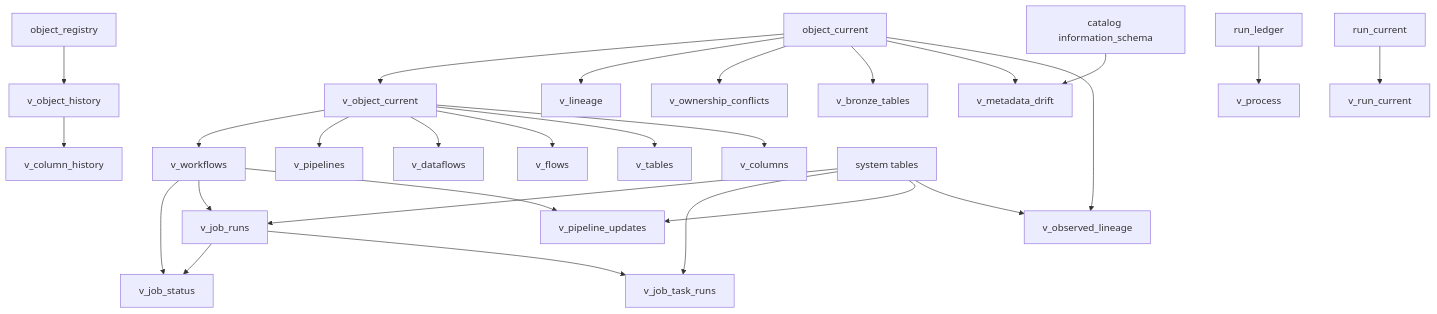
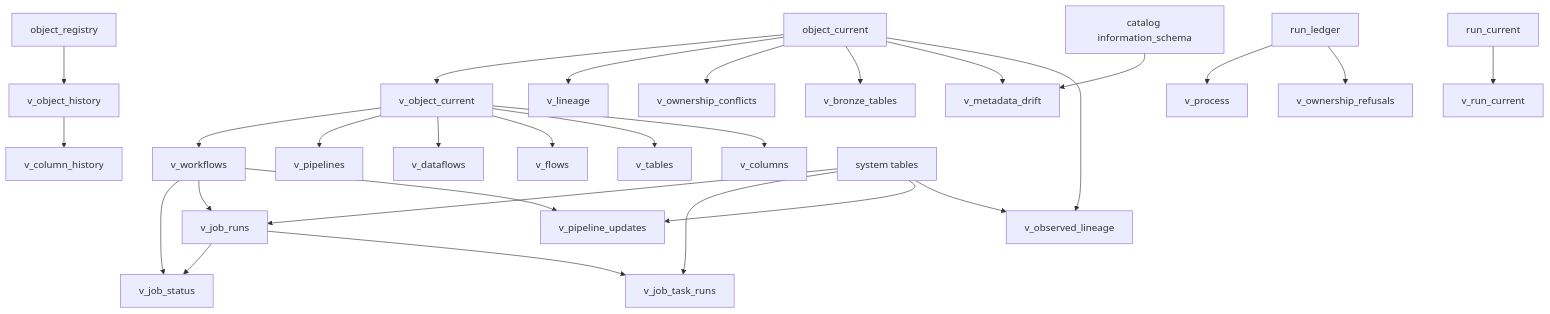
One commit to NitinKeshavB/framework changed the ninth of 9 diagrams in framework_docs/ARCHITECTURE.md. Above: the diagram before and after it, drawn with Mermaid. The commit also changed other lines of this file and 5 other files, not shown here.

````diff
--- a/framework_docs/ARCHITECTURE.md
+++ b/framework_docs/ARCHITECTURE.md
@@ -300,29 +350,30 @@
 ```mermaid
 flowchart TD
   object_registry --> v_object_history
   object_current --> v_object_current
   object_current --> v_lineage
   object_current --> v_ownership_conflicts
   object_current --> v_bronze_tables
   object_current --> v_metadata_drift
   information_schema[catalog information_schema] --> v_metadata_drift
   v_object_current --> v_workflows
   v_object_current --> v_pipelines
   v_object_current --> v_dataflows
   v_object_current --> v_flows
   v_object_current --> v_tables
   v_object_current --> v_columns
   v_object_history --> v_column_history
   run_ledger --> v_process
+  run_ledger --> v_ownership_refusals
   run_current --> v_run_current
   v_workflows --> v_job_status
   v_job_runs --> v_job_status
   v_workflows --> v_job_runs
   v_workflows --> v_pipeline_updates
   v_job_runs --> v_job_task_runs
   object_current --> v_observed_lineage
   system_tables[system tables] --> v_job_runs
   system_tables --> v_job_task_runs
   system_tables --> v_pipeline_updates
   system_tables --> v_observed_lineage
 ```
````
